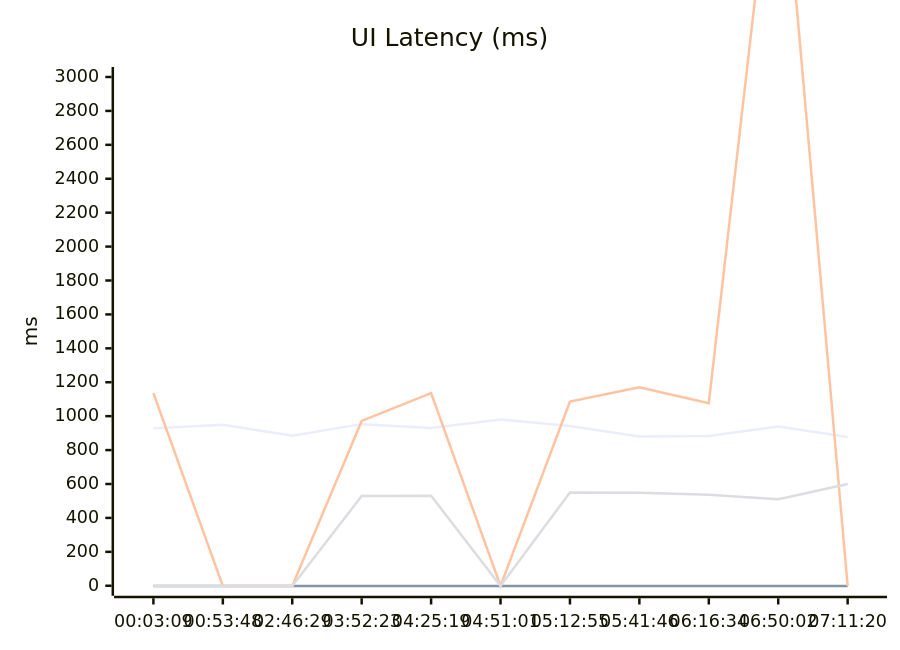
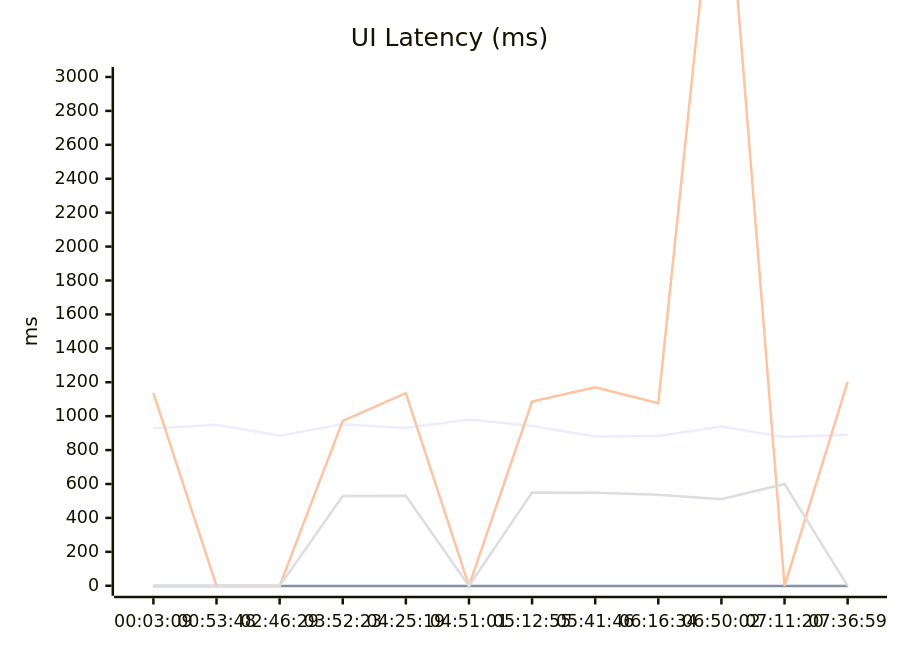
One commit to greenwave1987/clash_test changed the diagram in README.md. Above: the diagram before and after it, drawn with Mermaid. The commit also changed other lines of this file and 1 other file, not shown here.

Commit message:
chore: update UI latency history

````diff
--- a/README.md
+++ b/README.md
@@ -16,10 +16,10 @@
 ```mermaid
 xychart-beta
   title "UI Latency (ms)"
-  x-axis ["00:03:09", "00:53:48", "02:46:29", "03:52:23", "04:25:19", "04:51:01", "05:12:55", "05:41:46", "06:16:34", "06:50:02", "07:11:20"]
+  x-axis ["00:03:09", "00:53:48", "02:46:29", "03:52:23", "04:25:19", "04:51:01", "05:12:55", "05:41:46", "06:16:34", "06:50:02", "07:11:20", "07:36:59"]
   y-axis "ms" 0 --> 3000
-  line "http://jz.***.uy" [928, 949, 885, 953, 930, 981, 942, 880, 883, 939, 877]
-  line "http://jz.***.io" [-1, -1, -1, -1, -1, -1, -1, -1, -1, -1, -1]
-  line "http://greenwave1987.***.in" [1136, -1, -1, 972, 1136, -1, 1086, 1171, 1077, 4657, -1]
-  line "http://jz.***.xyz" [-1, -1, -1, 529, 531, -1, 550, 549, 537, 510, 600]
+  line "http://jz.***.uy" [928, 949, 885, 953, 930, 981, 942, 880, 883, 939, 877, 890]
+  line "http://jz.***.io" [-1, -1, -1, -1, -1, -1, -1, -1, -1, -1, -1, -1]
+  line "http://greenwave1987.***.in" [1136, -1, -1, 972, 1136, -1, 1086, 1171, 1077, 4657, -1, 1202]
+  line "http://jz.***.xyz" [-1, -1, -1, 529, 531, -1, 550, 549, 537, 510, 600, -1]
 ```
````
